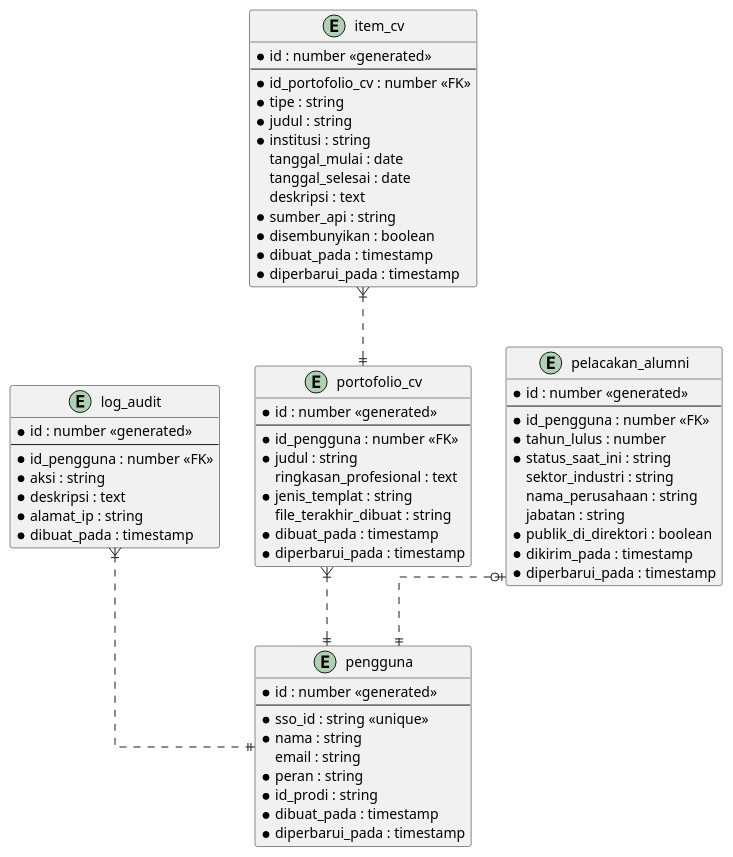
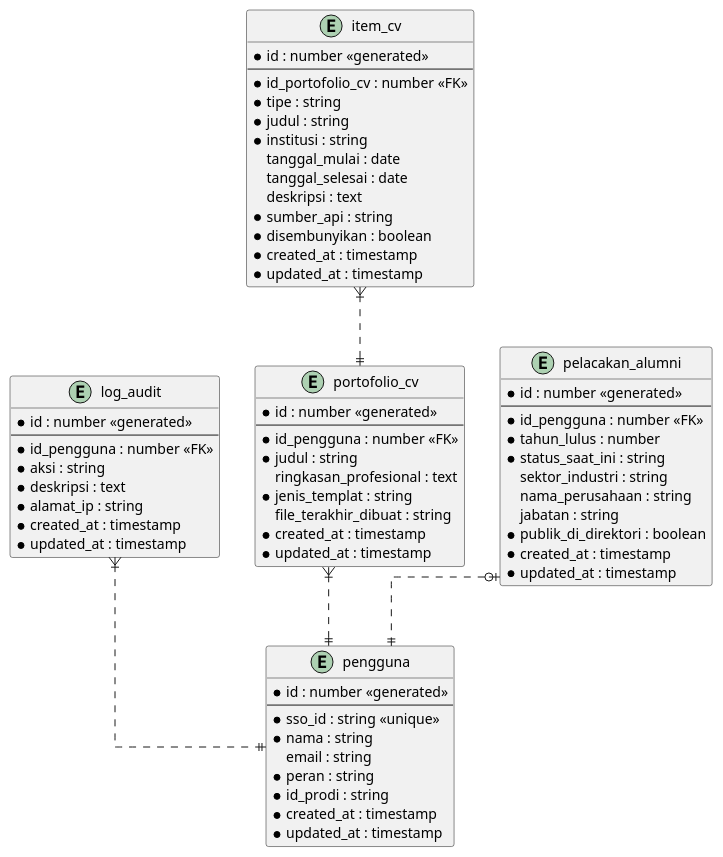
The diagram in mysql_simakar.wsd (fjeer/SIMAKAR), drawn with PlantUML before and after one commit. The commit also changed 10 other files, not shown here.

```diff
--- a/mysql_simakar.wsd
+++ b/mysql_simakar.wsd
@@ -1,75 +1,76 @@
 @startuml mysql_simakar
 
 ' avoid problems with angled crows feet
 skinparam linetype ortho
 
 entity "pengguna" as e01 {
   *id : number <<generated>>
   --
   *sso_id : string <<unique>>
   *nama : string
   email : string
   *peran : string
   *id_prodi : string
-  *dibuat_pada : timestamp
-  *diperbarui_pada : timestamp
+  *created_at : timestamp
+  *updated_at : timestamp
 }
 
 entity "log_audit" as e02 {
   *id : number <<generated>>
   --
   *id_pengguna : number <<FK>>
   *aksi : string
   *deskripsi : text
   *alamat_ip : string
-  *dibuat_pada : timestamp
+  *created_at : timestamp
+  *updated_at : timestamp
 }
 
 entity "portofolio_cv" as e03 {
   *id : number <<generated>>
   --
   *id_pengguna : number <<FK>>
   *judul : string
   ringkasan_profesional : text
   *jenis_templat : string
   file_terakhir_dibuat : string
-  *dibuat_pada : timestamp
-  *diperbarui_pada : timestamp
+  *created_at : timestamp
+  *updated_at : timestamp
 }
 
 entity "item_cv" as e04 {
   *id : number <<generated>>
   --
   *id_portofolio_cv : number <<FK>>
   *tipe : string
   *judul : string
   *institusi : string
   tanggal_mulai : date
   tanggal_selesai : date
   deskripsi : text
   *sumber_api : string
   *disembunyikan : boolean
-  *dibuat_pada : timestamp
-  *diperbarui_pada : timestamp
+  *created_at : timestamp
+  *updated_at : timestamp
 }
 
 entity "pelacakan_alumni" as e05 {
   *id : number <<generated>>
   --
   *id_pengguna : number <<FK>>
   *tahun_lulus : number
   *status_saat_ini : string
   sektor_industri : string
   nama_perusahaan : string
   jabatan : string
   *publik_di_direktori : boolean
-  *dikirim_pada : timestamp
-  *diperbarui_pada : timestamp
+  *created_at : timestamp
+  *updated_at : timestamp
 }
 
 e02 }|..|| e01
 e03 }|..|| e01
 e04 }|..|| e03
 e05 |o..|| e01
 
 @enduml
```
